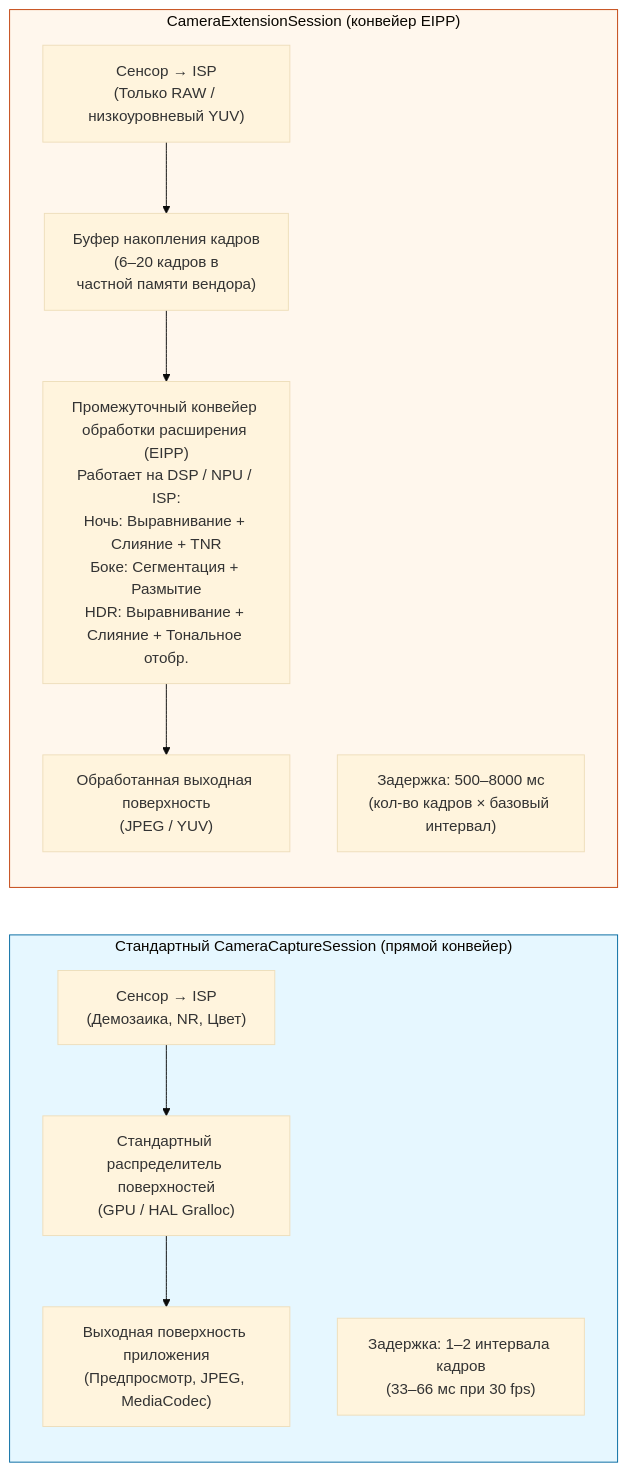
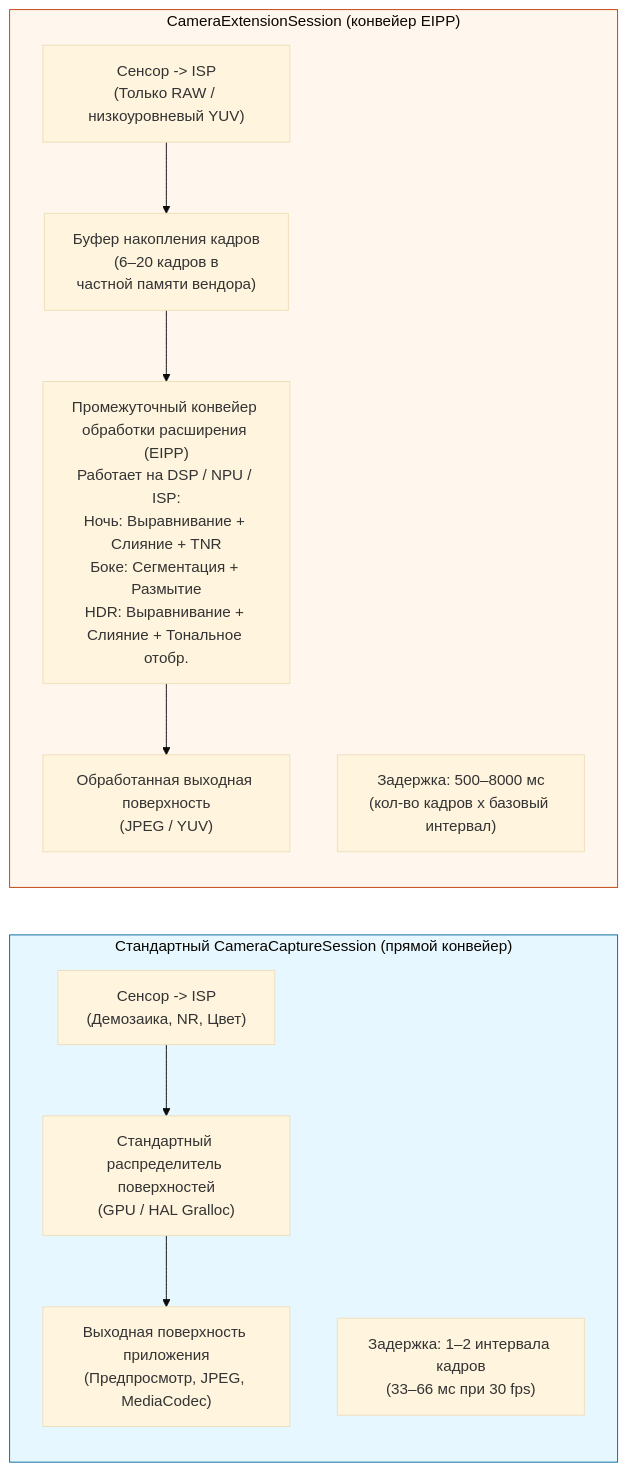
One commit to zoozooll/AndroidCameraParameters changed the first of 2 diagrams in website/i18n/ru/docusaurus-plugin-content-docs/current/camera2/camera-extensions.md. Above: the diagram before and after it, drawn with Mermaid (base theme). The commit also changed other lines of this file and 77 other files, not shown here.

First line of the commit message:
docs: standardize Mermaid syntax and polish 3A pipeline translations

````diff
--- a/website/i18n/ru/docusaurus-plugin-content-docs/current/camera2/camera-extensions.md
+++ b/website/i18n/ru/docusaurus-plugin-content-docs/current/camera2/camera-extensions.md
@@ -34,24 +34,24 @@
 ```mermaid
 flowchart LR
     subgraph STANDARD["Стандартный CameraCaptureSession (прямой конвейер)"]
         direction TB
-        S1["Сенсор → ISP<br/>(Демозаика, NR, Цвет)"]
+        S1["Сенсор -> ISP<br/>(Демозаика, NR, Цвет)"]
         S2["Стандартный распределитель поверхностей<br/>(GPU / HAL Gralloc)"]
         S3["Выходная поверхность приложения<br/>(Предпросмотр, JPEG, MediaCodec)"]
         S1 --> S2 --> S3
         SLAT["Задержка: 1–2 интервала кадров<br/>(33–66 мс при 30 fps)"]
     end
 
     subgraph EXTENSION["CameraExtensionSession (конвейер EIPP)"]
         direction TB
-        E1["Сенсор → ISP<br/>(Только RAW / низкоуровневый YUV)"]
+        E1["Сенсор -> ISP<br/>(Только RAW / низкоуровневый YUV)"]
         E2["Буфер накопления кадров<br/>(6–20 кадров в<br/>частной памяти вендора)"]
         E3["Промежуточный конвейер обработки расширения (EIPP)<br/>Работает на DSP / NPU / ISP:<br/>Ночь: Выравнивание + Слияние + TNR<br/>Боке: Сегментация + Размытие<br/>HDR: Выравнивание + Слияние + Тональное отобр."]
         E4["Обработанная выходная поверхность<br/>(JPEG / YUV)"]
         E1 --> E2 --> E3 --> E4
-        ELAT["Задержка: 500–8000 мс<br/>(кол-во кадров × базовый интервал)"]
+        ELAT["Задержка: 500–8000 мс<br/>(кол-во кадров x базовый интервал)"]
     end
 
     style STANDARD fill:#e6f7ff,stroke:#0369a1
     style EXTENSION fill:#fff7ed,stroke:#c2410c
 ```
````
